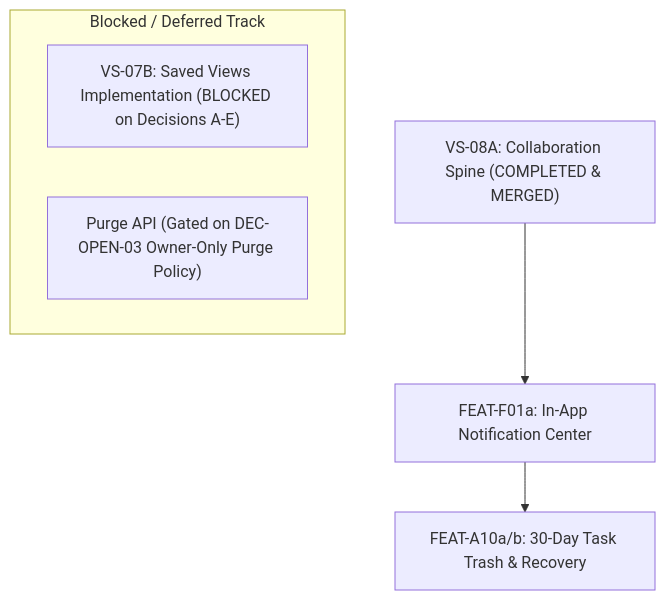
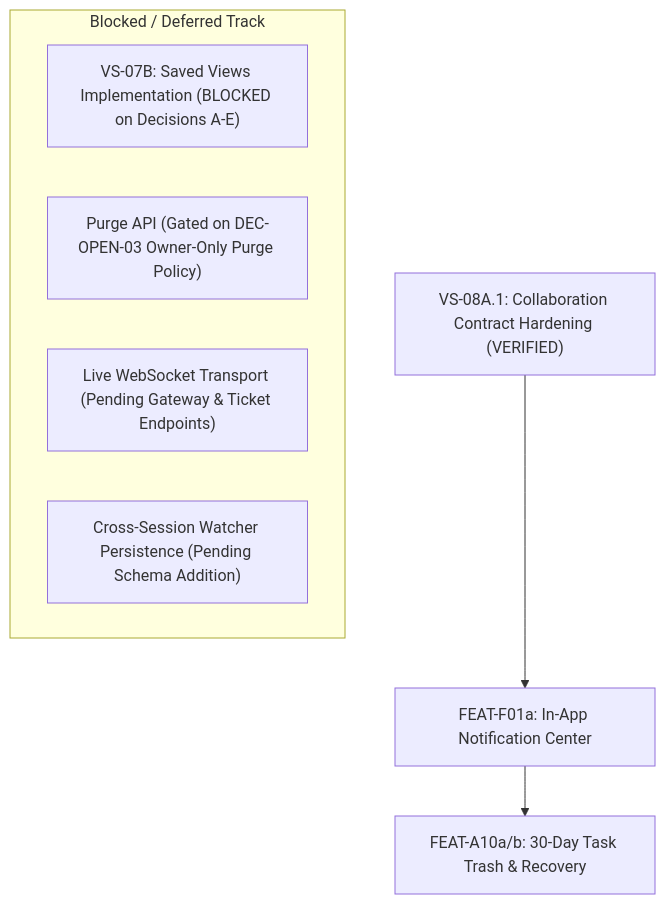
The first of 2 diagrams in docs/04-implementation/sonder-project-progress-tracker.md (Samudra-Bose/sonder), drawn with Mermaid before and after one commit. The commit also changed other lines of this file and 12 other files, not shown here.

Commit message:
fix(collab): VS-08A.1 collaboration contract & integration hardening (#33)

````diff
--- a/docs/04-implementation/sonder-project-progress-tracker.md
+++ b/docs/04-implementation/sonder-project-progress-tracker.md
@@ -47,10 +48,12 @@
 ```mermaid
 flowchart TD
-    Current["VS-08A: Collaboration Spine (COMPLETED & MERGED)"] --> Next["FEAT-F01a: In-App Notification Center"]
+    Current["VS-08A.1: Collaboration Contract Hardening (VERIFIED)"] --> Next["FEAT-F01a: In-App Notification Center"]
     Next --> FollowUp["FEAT-A10a/b: 30-Day Task Trash & Recovery"]
     
     subgraph Deferred ["Blocked / Deferred Track"]
         SV["VS-07B: Saved Views Implementation (BLOCKED on Decisions A-E)"]
         Trash["Purge API (Gated on DEC-OPEN-03 Owner-Only Purge Policy)"]
+        RealtimeLive["Live WebSocket Transport (Pending Gateway & Ticket Endpoints)"]
+        WatcherPersist["Cross-Session Watcher Persistence (Pending Schema Addition)"]
     end
 ```
````
